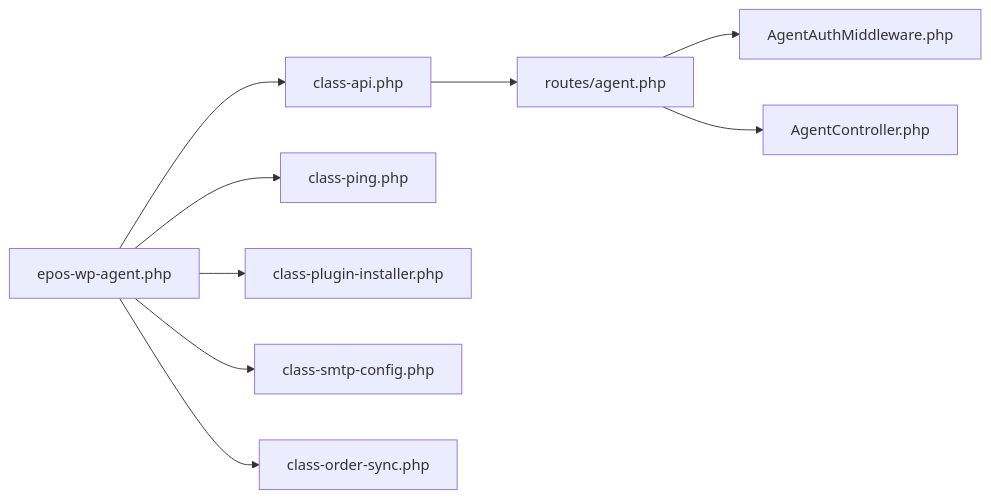
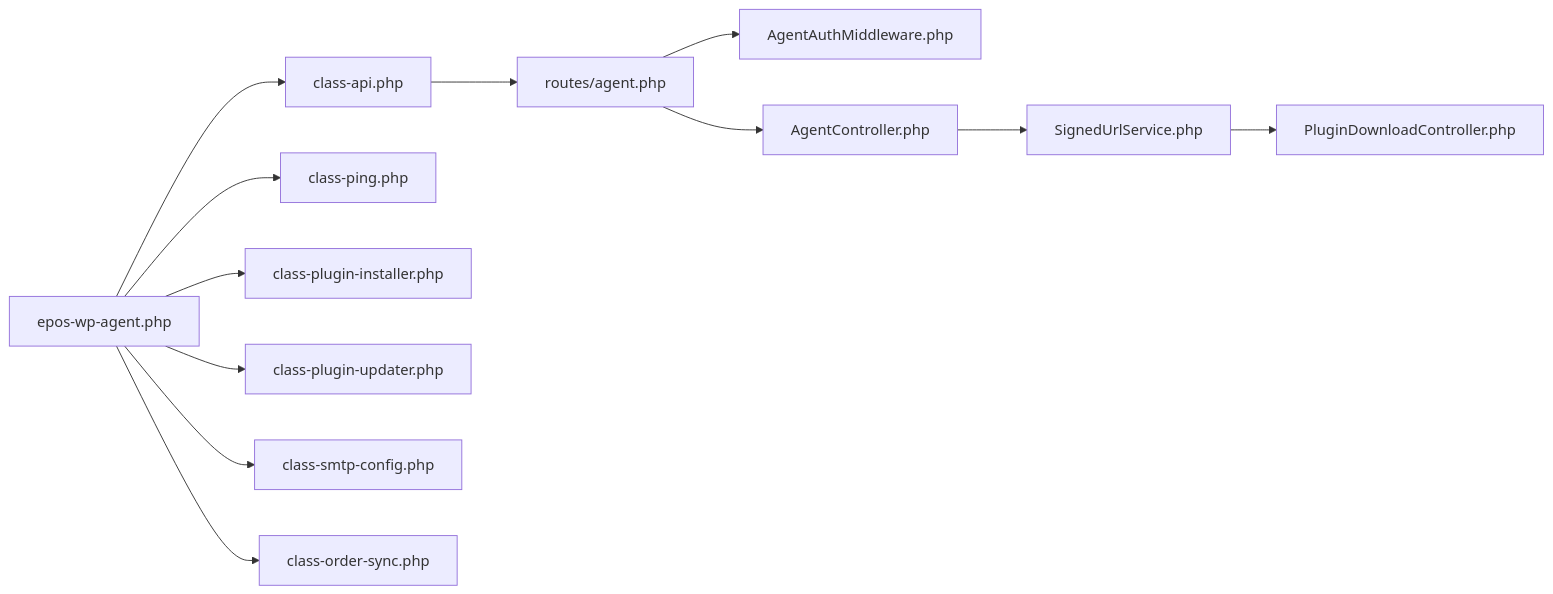
One commit to FCS-WP/website_portal changed diagram 11 of 11 in .qoder/repowiki/en/content/WordPress Agent Integration/WordPress Agent Integration.md. Above: the diagram before and after it, drawn with Mermaid. The commit also changed other lines of this file and 89 other files, not shown here.

````diff
--- a/.qoder/repowiki/en/content/WordPress Agent Integration/WordPress Agent Integration.md
+++ b/.qoder/repowiki/en/content/WordPress Agent Integration/WordPress Agent Integration.md
@@ -320,11 +445,14 @@
 ```mermaid
 graph LR
 WP_Init["epos-wp-agent.php"] --> WP_API["class-api.php"]
 WP_Init --> WP_Ping["class-ping.php"]
 WP_Init --> WP_Plugins["class-plugin-installer.php"]
+WP_Init --> WP_Plugin_Updater["class-plugin-updater.php"]
 WP_Init --> WP_SMTP["class-smtp-config.php"]
 WP_Init --> WP_Order["class-order-sync.php"]
 WP_API --> Portal_Routes["routes/agent.php"]
 Portal_Routes --> Portal_MW["AgentAuthMiddleware.php"]
 Portal_Routes --> Portal_Ctrl["AgentController.php"]
+Portal_Ctrl --> Portal_SignedURL["SignedUrlService.php"]
+Portal_SignedURL --> Portal_Download["PluginDownloadController.php"]
 ```
````
